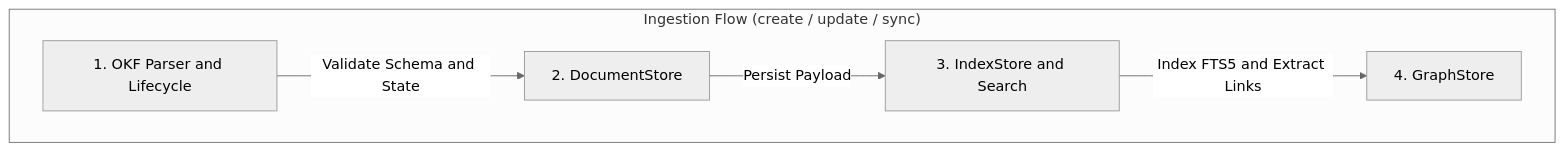
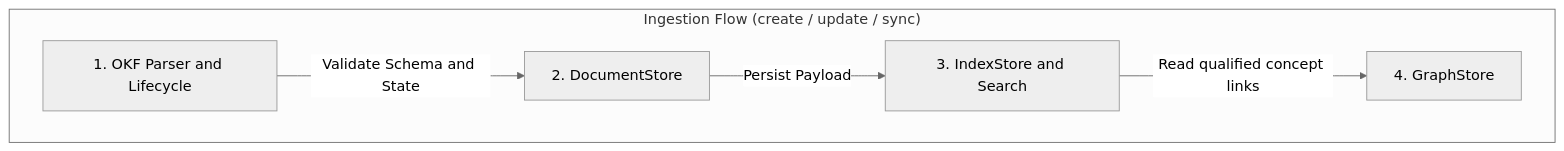
One commit to armckinney/gyrus changed the second of 3 diagrams in .gyrus/concepts/root/reference/guide-001-system-architecture.md. Above: the diagram before and after it, drawn with Mermaid (neutral theme). The commit also changed other lines of this file and 232 other files, not shown here.

````diff
--- a/.gyrus/concepts/root/reference/guide-001-system-architecture.md
+++ b/.gyrus/concepts/root/reference/guide-001-system-architecture.md
@@ -76,9 +76,9 @@
 ```mermaid
 graph LR
     subgraph Ingestion ["Ingestion Flow (create / update / sync)"]
         direction LR
         P1["1. OKF Parser and Lifecycle"] -->|Validate Schema and State| P2["2. DocumentStore"]
         P2 -->|Persist Payload| P3["3. IndexStore and Search"]
-        P3 -->|Index FTS5 and Extract Links| P4["4. GraphStore"]
+        P3 -->|Read qualified concept links| P4["4. GraphStore"]
     end
 ```
````
